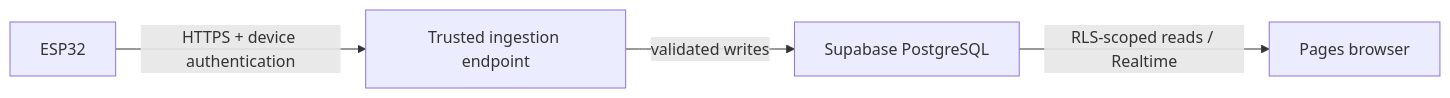
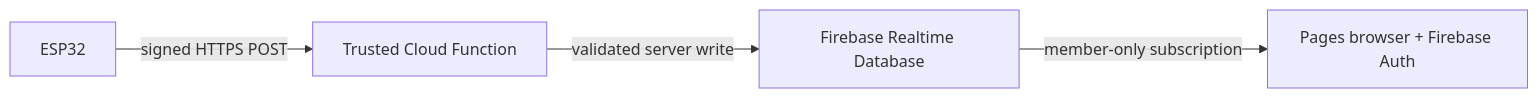
Before and after one commit to Turkson225/flight-command-center: the diagram in docs/cloud-integration.md, drawn with Mermaid. The commit also changed other lines of this file and 28 other files, not shown here.

Commit message:
Add Firebase authenticated telemetry and trusted ingestion

````diff
--- a/docs/cloud-integration.md
+++ b/docs/cloud-integration.md
@@ -9,6 +11,6 @@
 ```mermaid
 flowchart LR
-  E["ESP32"] -->|"HTTPS + device authentication"| I["Trusted ingestion endpoint"]
-  I -->|"validated writes"| D["Supabase PostgreSQL"]
-  D -->|"RLS-scoped reads / Realtime"| B["Pages browser"]
+  E["ESP32"] -->|"signed HTTPS POST"| I["Trusted Cloud Function"]
+  I -->|"validated server write"| D["Firebase Realtime Database"]
+  D -->|"member-only subscription"| B["Pages browser + Firebase Auth"]
 ```
````
